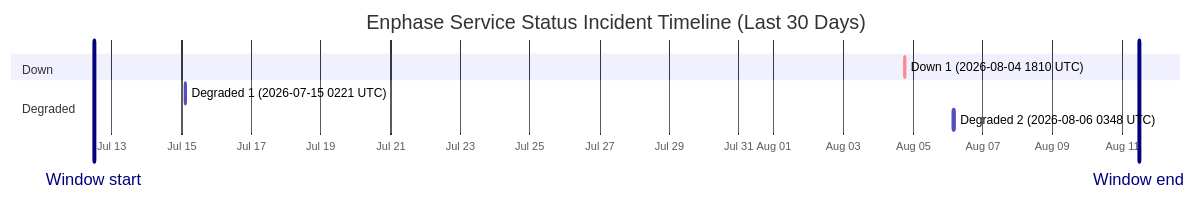
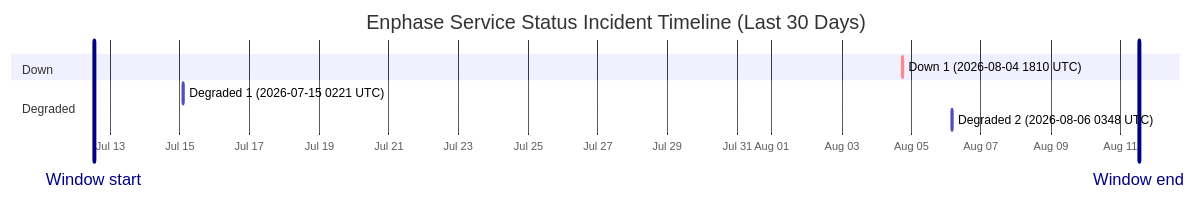
The diagram in wiki/Service-Status-History.md (barneyonline/ha-enphase-energy), drawn with Mermaid before and after one commit. The commit also changed other lines of this file and 3 other files, not shown here.

````diff
--- a/wiki/Service-Status-History.md
+++ b/wiki/Service-Status-History.md
@@ -14,13 +14,13 @@
 ```mermaid
 gantt
     title Enphase Service Status Incident Timeline (Last 30 Days)
     dateFormat  YYYY-MM-DDTHH:mm:ss
     axisFormat  %b %d
-    Window start :vert, window-start, 2026-07-12T11:43:58, 0ms
-    Window end :vert, window-end, 2026-08-11T11:43:58, 0ms
+    Window start :vert, window-start, 2026-07-12T12:59:54, 0ms
+    Window end :vert, window-end, 2026-08-11T12:59:54, 0ms
     section Down
     Down 1 (2026-08-04 1810 UTC) :crit, down-1, 2026-08-04T18:10:46, 60m
     section Degraded
     Degraded 1 (2026-07-15 0221 UTC) :active, degraded-1, 2026-07-15T02:21:35, 60m
     Degraded 2 (2026-08-06 0348 UTC) :active, degraded-2, 2026-08-06T03:48:14, 60m
 ```
````
